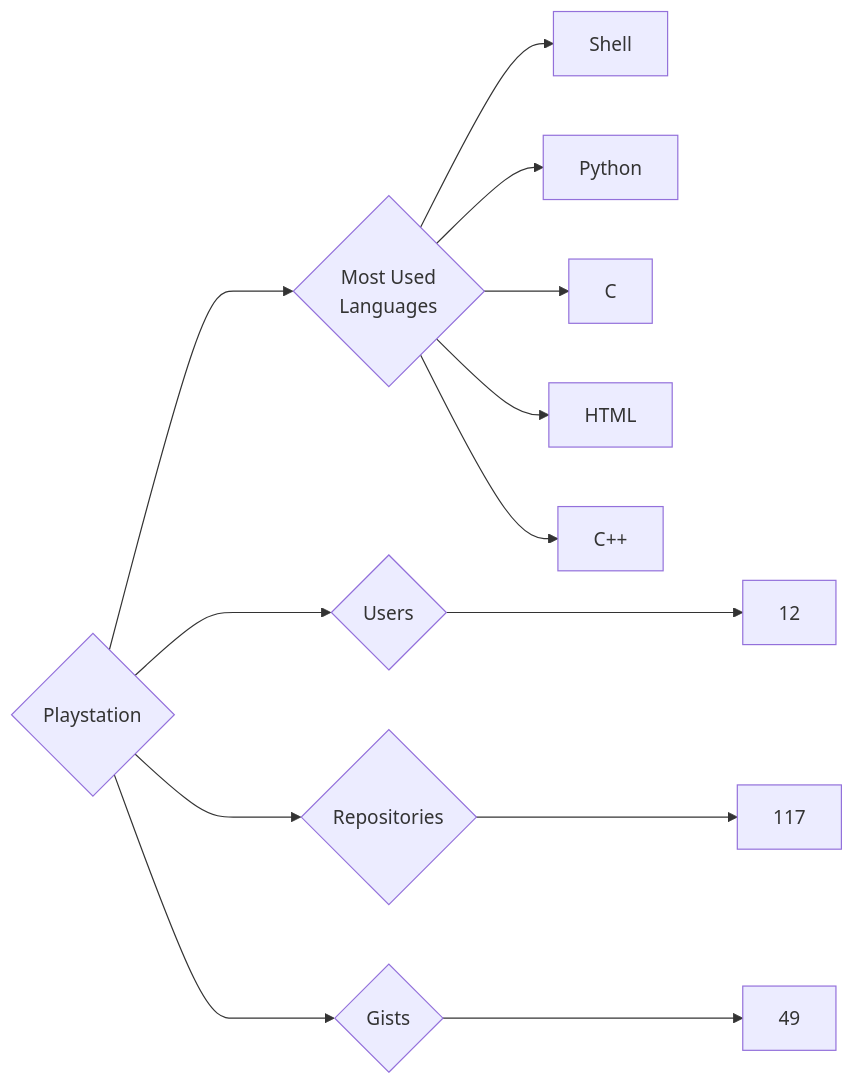
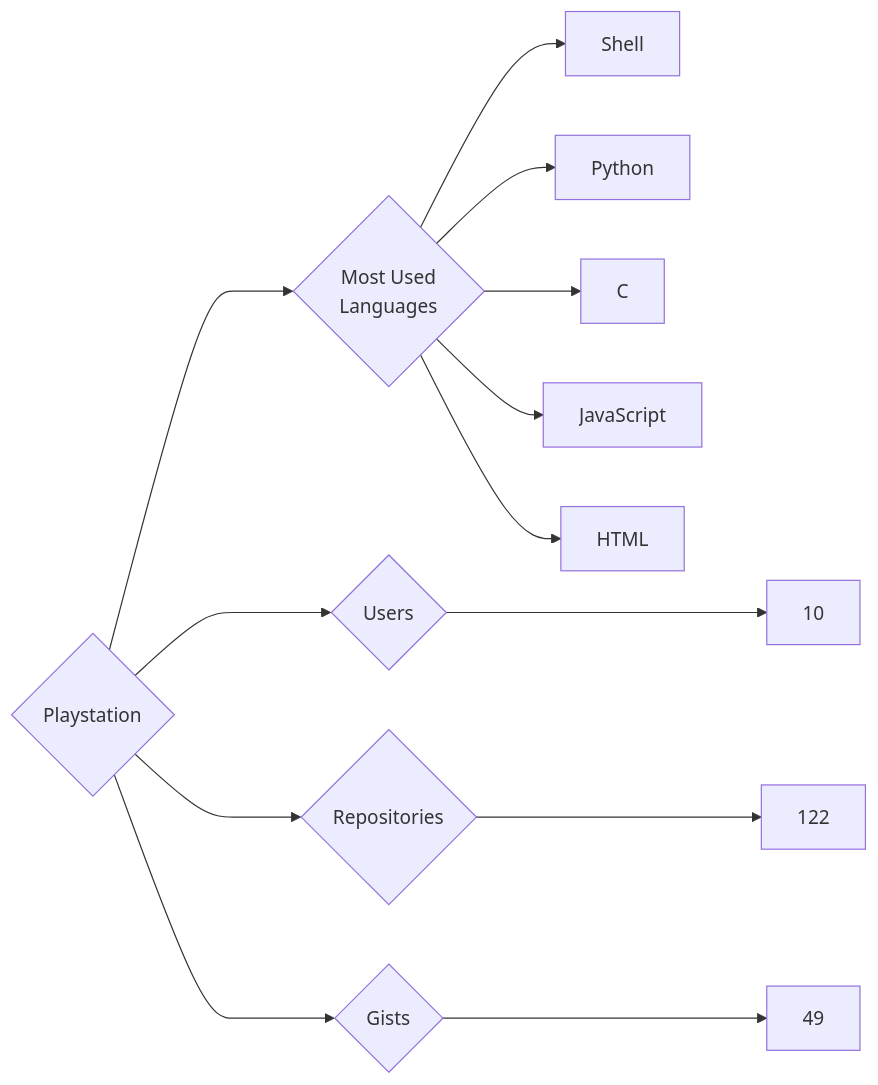
The diagram in targets/Playstation/README.md (trickest/insiders), drawn with Mermaid before and after one commit. The commit also changed 1479 other files, not shown here.

````diff
--- a/targets/Playstation/README.md
+++ b/targets/Playstation/README.md
@@ -3,13 +3,13 @@
 ```mermaid
 graph LR
 COMPANY_NAME{Playstation}
-COMPANY_NAME ---> U{Users} ---> UN[12]
-COMPANY_NAME ---> R{Repositories} ---> RN[117]
+COMPANY_NAME ---> U{Users} ---> UN[10]
+COMPANY_NAME ---> R{Repositories} ---> RN[122]
 COMPANY_NAME ---> G{Gists} ---> GN[49]
 COMPANY_NAME ---> ML{Most Used<br>Languages}
 ML --> Shell[Shell]
 ML --> Python[Python]
 ML --> C[C]
+ML --> JavaScript[JavaScript]
 ML --> HTML[HTML]
-ML --> C++[C++]
 ```
````
